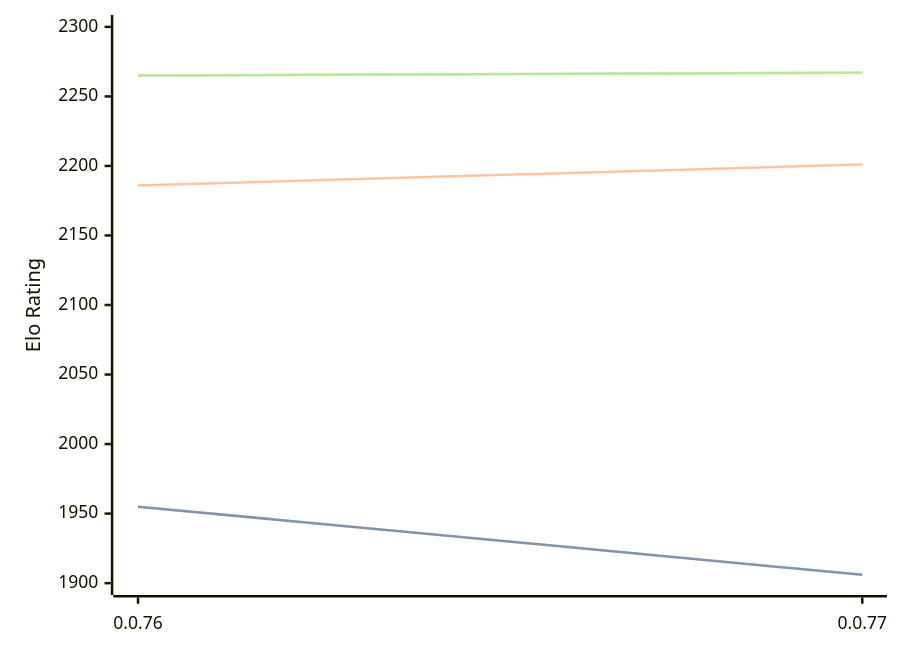
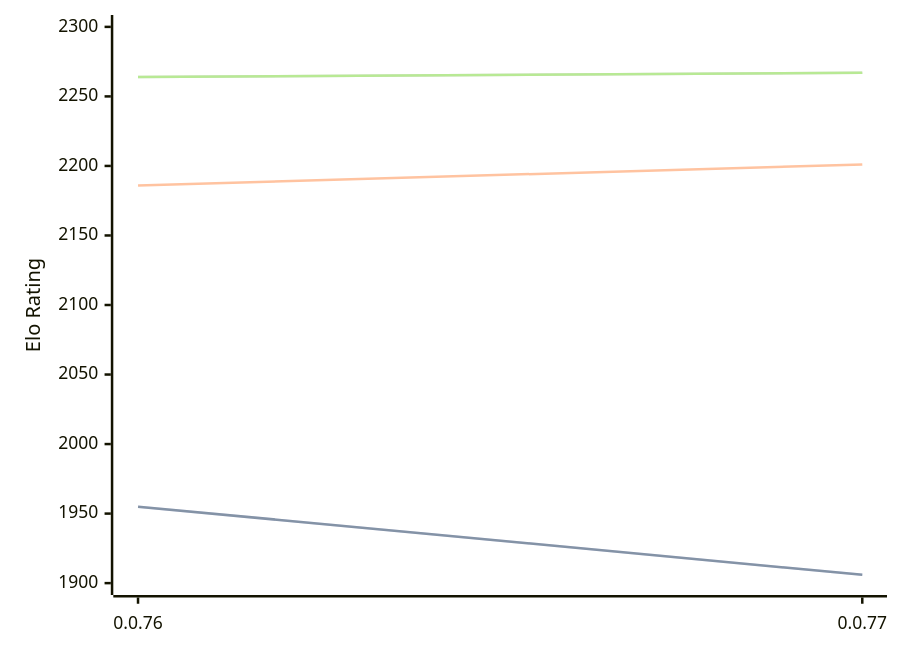
The diagram in engines/Fktb.md (computer-chess-index/cci), drawn with Mermaid before and after one commit. The commit also changed other lines of this file, not shown here.

Commit message:
Update CCI Ratings (ELO VLTC) - 2026-03-01

````diff
--- a/engines/Fktb.md
+++ b/engines/Fktb.md
@@ -30,11 +30,11 @@
 ```mermaid
 %%{init: {"theme":"base","themeVariables":{"seriesColors:['#a3a3a3','#222221','#faa371']}}}%%
 xychart-beta
   x-axis ["0.0.76", "0.0.77"]
   y-axis "Elo Rating" 1900 --> 2300
   line "STC (8.0+0.08s)" [1955, 1906]
   line "STC (8.0+0.08s)" [1955, 1906]
   line "LTC (60.0+0.60s)" [2186, 2201]
-  line "VLTC (2m24s+1.12s)" [2265, 2267]
-  line "VLTC (2m24s+1.12s)" [2265, 2267]
+  line "VLTC (2m24s+1.12s)" [2264, 2267]
+  line "VLTC (2m24s+1.12s)" [2264, 2267]
 ```
````
